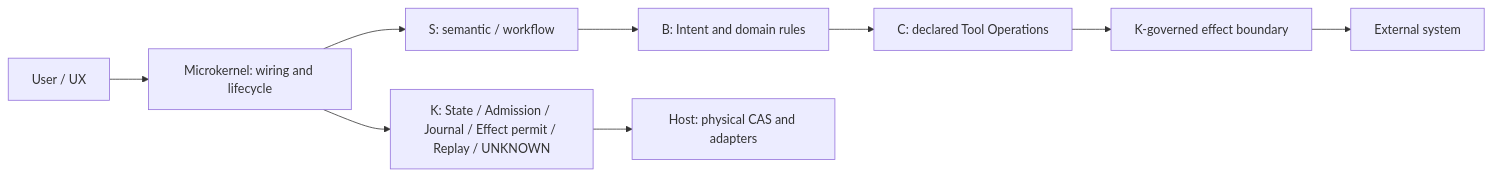
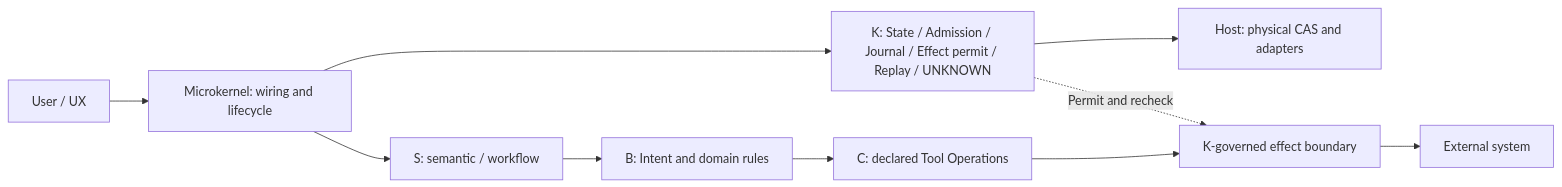
One commit to kaicreator-mm/domain-harness changed the second of 3 diagrams in docs/current/en/architecture.md. Above: the diagram before and after it, drawn with Mermaid. The commit also changed other lines of this file and 2 other files, not shown here.

Commit message:
docs: make bilingual validator Windows-portable and clarify Kernel-governed Host diagram edges

````diff
--- a/docs/current/en/architecture.md
+++ b/docs/current/en/architecture.md
@@ -29,11 +29,12 @@
 ```mermaid
 flowchart LR
   UX["User / UX"] --> MK["Microkernel: wiring and lifecycle"]
   MK --> K["K: State / Admission / Journal / Effect permit / Replay / UNKNOWN"]
   MK --> S["S: semantic / workflow"]
   S --> B["B: Intent and domain rules"]
   B --> C["C: declared Tool Operations"]
   K --> H["Host: physical CAS and adapters"]
   C --> G["K-governed effect boundary"]
+  K -.->|"Permit and recheck"| G
   G --> EXT["External system"]
 ```
````
